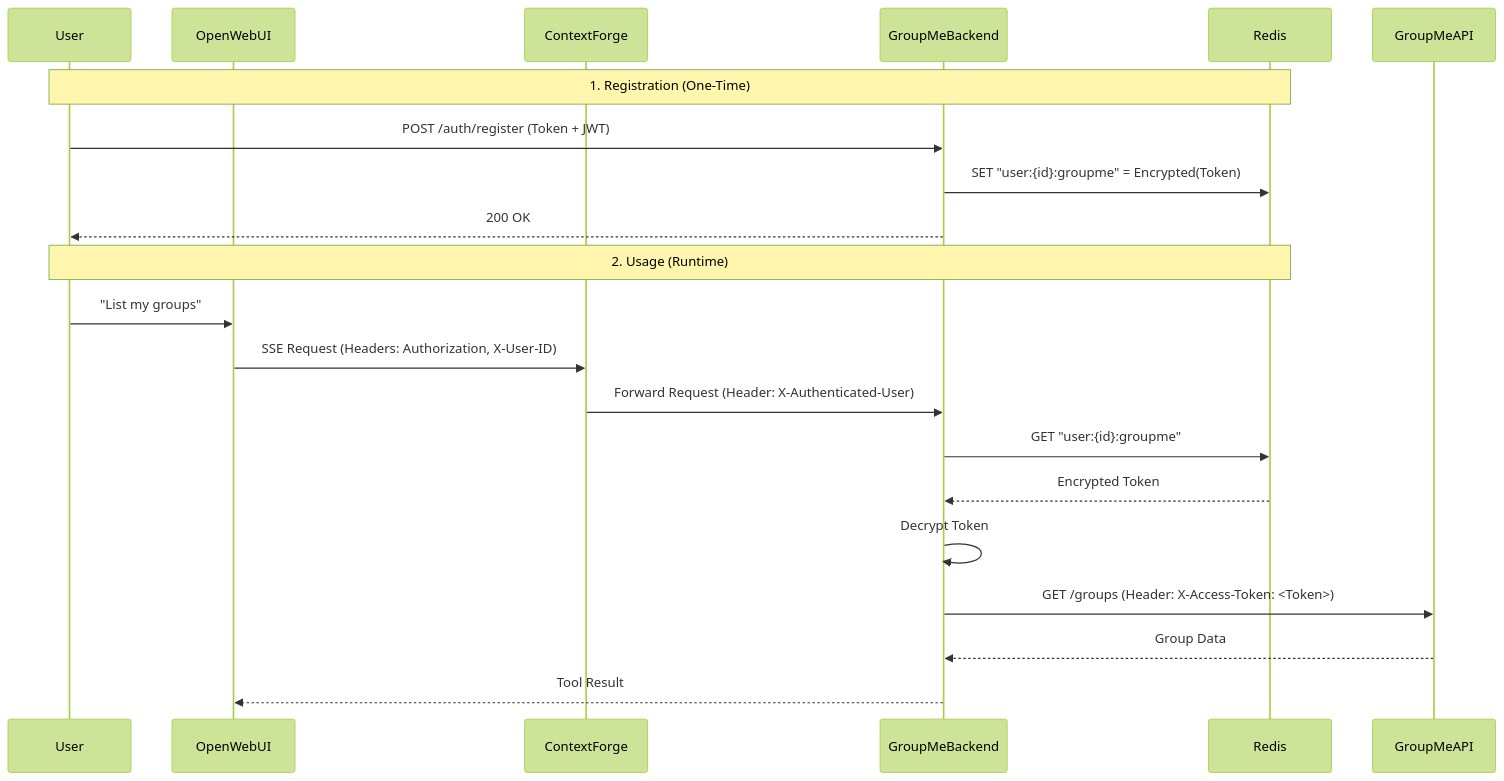
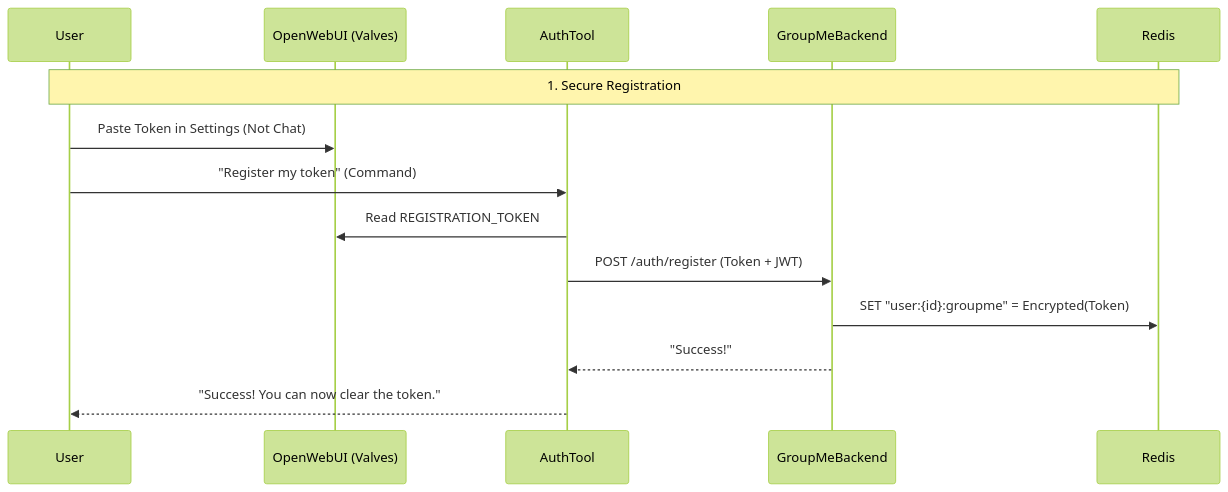
One commit to Quazmoz/K8SHomelab changed the diagram in apps/base/mcp-servers/AUTH_WORKFLOW.md. Above: the diagram before and after it, drawn with Mermaid (forest theme). The commit also changed other lines of this file and 3 other files, not shown here.

````diff
--- a/apps/base/mcp-servers/AUTH_WORKFLOW.md
+++ b/apps/base/mcp-servers/AUTH_WORKFLOW.md
@@ -9,25 +9,17 @@
 ```mermaid
 sequenceDiagram
     participant User
-    participant OpenWebUI
-    participant ContextForge
+    participant UserValves as OpenWebUI (Valves)
+    participant AuthTool
     participant GroupMeBackend
     participant Redis
-    participant GroupMeAPI
 
-    Note over User, Redis: 1. Registration (One-Time)
-    User->>GroupMeBackend: POST /auth/register (Token + JWT)
+    Note over User, Redis: 1. Secure Registration
+    User->>UserValves: Paste Token in Settings (Not Chat)
+    User->>AuthTool: "Register my token" (Command)
+    AuthTool->>UserValves: Read REGISTRATION_TOKEN
+    AuthTool->>GroupMeBackend: POST /auth/register (Token + JWT)
     GroupMeBackend->>Redis: SET "user:{id}:groupme" = Encrypted(Token)
-    GroupMeBackend-->>User: 200 OK
-
-    Note over User, Redis: 2. Usage (Runtime)
-    User->>OpenWebUI: "List my groups"
-    OpenWebUI->>ContextForge: SSE Request (Headers: Authorization, X-User-ID)
-    ContextForge->>GroupMeBackend: Forward Request (Header: X-Authenticated-User)
-    GroupMeBackend->>Redis: GET "user:{id}:groupme"
-    Redis-->>GroupMeBackend: Encrypted Token
-    GroupMeBackend->>GroupMeBackend: Decrypt Token
-    GroupMeBackend->>GroupMeAPI: GET /groups (Header: X-Access-Token: <Token>)
-    GroupMeAPI-->>GroupMeBackend: Group Data
-    GroupMeBackend-->>OpenWebUI: Tool Result
+    GroupMeBackend-->>AuthTool: "Success!"
+    AuthTool-->>User: "Success! You can now clear the token."
 ```
````
